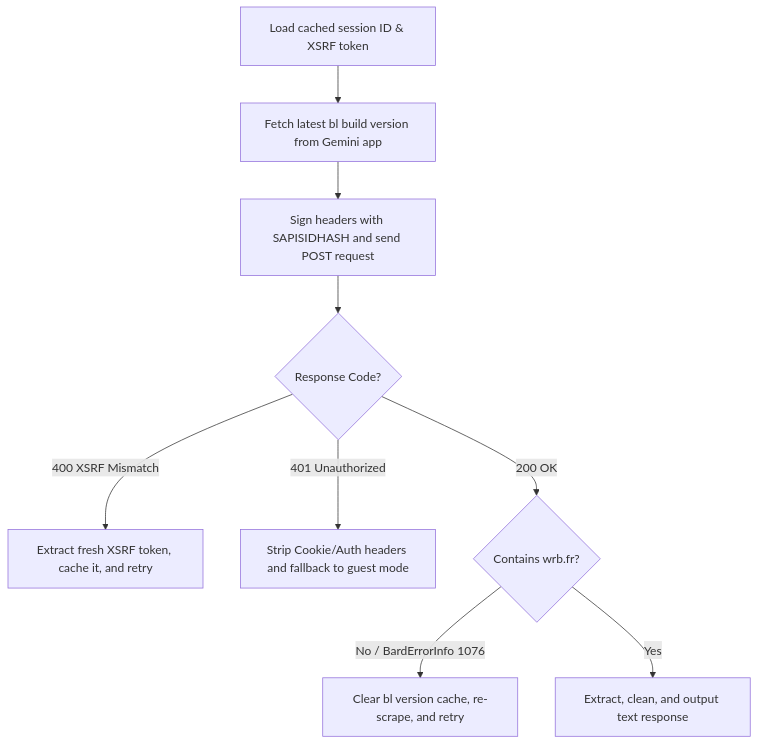
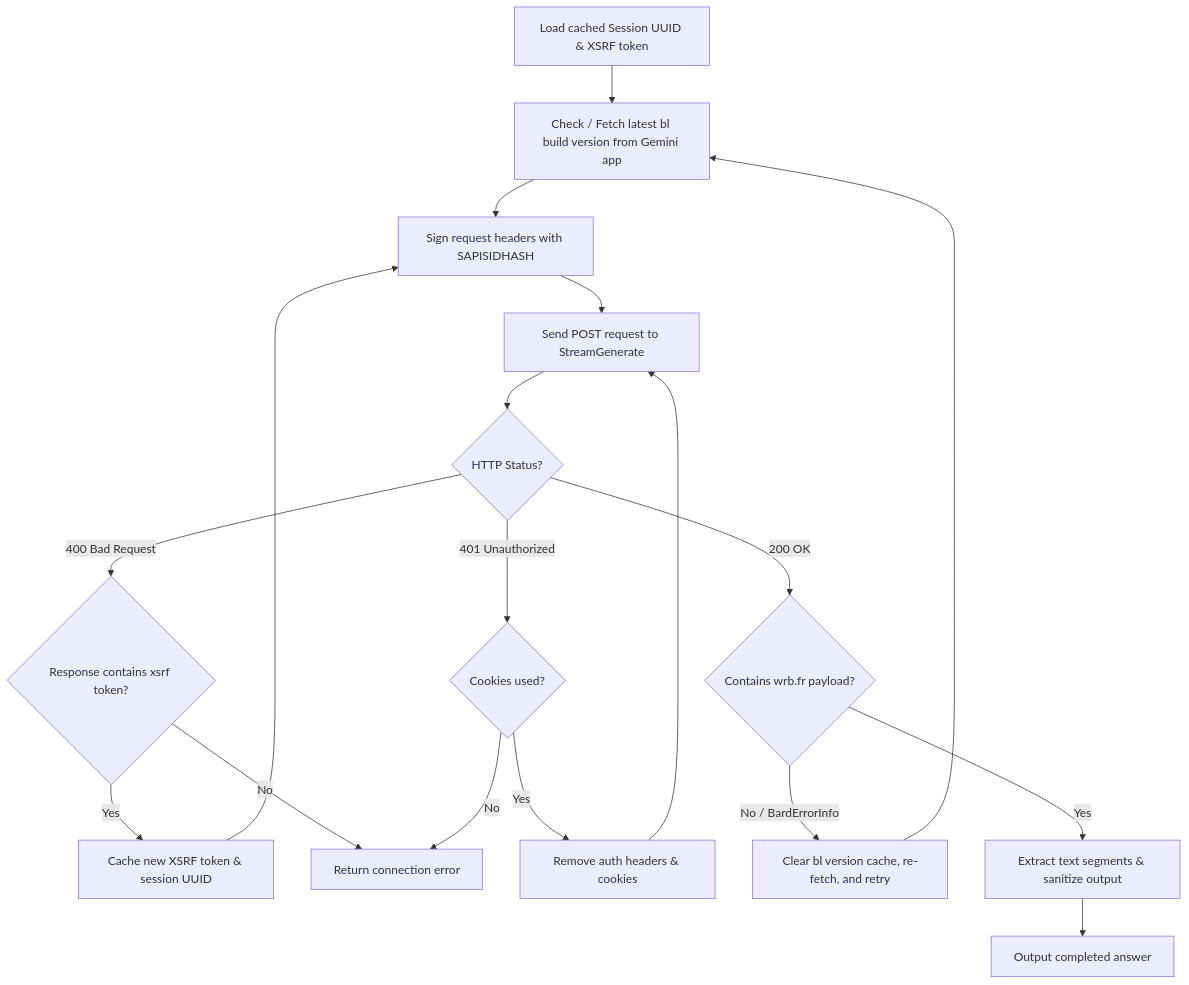
Before and after one commit to minhduc1212/GMN_API: the diagram in gemini_reverse_engineering_guide.md, drawn with Mermaid. The commit also changed other lines of this file and 3 other files, not shown here.

````diff
--- a/gemini_reverse_engineering_guide.md
+++ b/gemini_reverse_engineering_guide.md
@@ -100,11 +186,22 @@
 ```mermaid
 graph TD
-    Start[Load cached session ID & XSRF token] --> Step1[Fetch latest bl build version from Gemini app]
-    Step1 --> Step2[Sign headers with SAPISIDHASH and send POST request]
-    Step2 --> CheckStatus{Response Code?}
-    CheckStatus -- 400 XSRF Mismatch --> StepXSRF[Extract fresh XSRF token, cache it, and retry]
-    CheckStatus -- 401 Unauthorized --> StepAuth[Strip Cookie/Auth headers and fallback to guest mode]
-    CheckStatus -- 200 OK --> CheckContent{Contains wrb.fr?}
-    CheckContent -- No / BardErrorInfo 1076 --> StepVersion[Clear bl version cache, re-scrape, and retry]
-    CheckContent -- Yes --> Parse[Extract, clean, and output text response]
+    Start[Load cached Session UUID & XSRF token] --> StepVersion[Check / Fetch latest bl build version from Gemini app]
+    StepVersion --> StepSign[Sign request headers with SAPISIDHASH]
+    StepSign --> StepPost[Send POST request to StreamGenerate]
+    StepPost --> CheckStatus{HTTP Status?}
+    
+    CheckStatus -- 400 Bad Request --> ParseXSRF{Response contains xsrf token?}
+    ParseXSRF -- Yes --> UpdateCache[Cache new XSRF token & session UUID] --> StepSign
+    ParseXSRF -- No --> ErrorOut[Return connection error]
+    
+    CheckStatus -- 401 Unauthorized --> GuestFallback{Cookies used?}
+    GuestFallback -- Yes --> StripAuth[Remove auth headers & cookies] --> StepPost
+    GuestFallback -- No --> ErrorOut
+    
+    CheckStatus -- 200 OK --> CheckContent{Contains wrb.fr payload?}
+    CheckContent -- No / BardErrorInfo --> UpdateVersion[Clear bl version cache, re-fetch, and retry]
+    CheckContent -- Yes --> ParseResponse[Extract text segments & sanitize output]
+    
+    UpdateVersion --> StepVersion
+    ParseResponse --> Done[Output completed answer]
 ```
````
